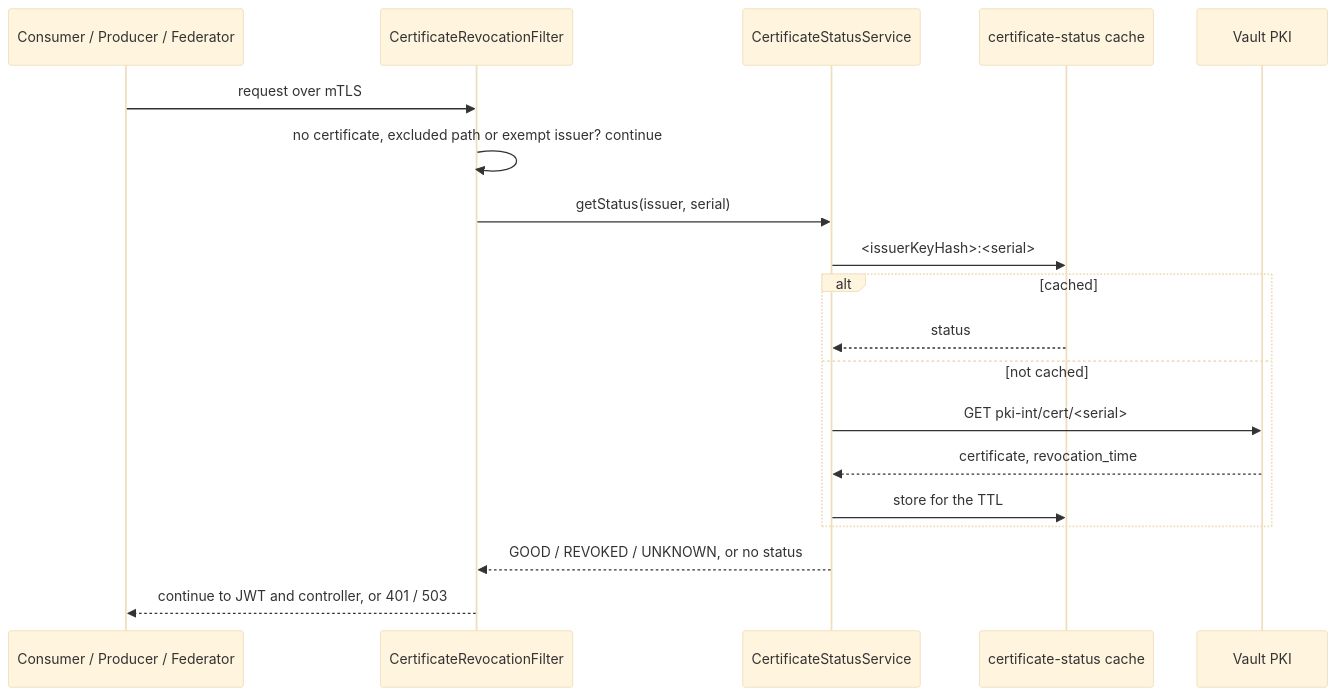
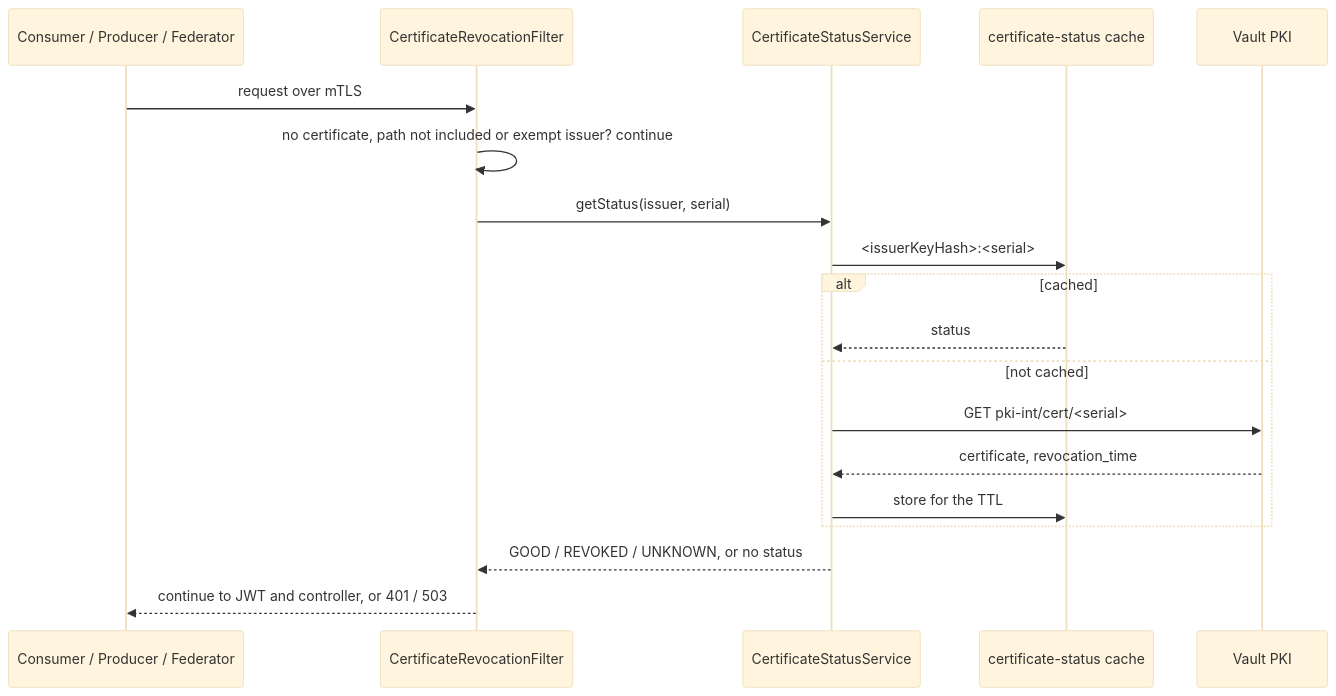
One commit to National-Node-Net/management-node changed the diagram in docs/REVOCATION_ENFORCEMENT.md. Above: the diagram before and after it, drawn with Mermaid (base theme). The commit also changed other lines of this file and 9 other files, not shown here.

````diff
--- a/docs/REVOCATION_ENFORCEMENT.md
+++ b/docs/REVOCATION_ENFORCEMENT.md
@@ -18,21 +20,21 @@
 ```mermaid
 sequenceDiagram
     participant Client as Consumer / Producer / Federator
     participant Filter as CertificateRevocationFilter
     participant Status as CertificateStatusService
     participant Cache as certificate-status cache
     participant Vault as Vault PKI
     Client->>Filter: request over mTLS
-    Filter->>Filter: no certificate, excluded path or exempt issuer? continue
+    Filter->>Filter: no certificate, path not included or exempt issuer? continue
     Filter->>Status: getStatus(issuer, serial)
     Status->>Cache: <issuerKeyHash>:<serial>
     alt cached
         Cache-->>Status: status
     else not cached
         Status->>Vault: GET pki-int/cert/<serial>
         Vault-->>Status: certificate, revocation_time
         Status->>Cache: store for the TTL
     end
     Status-->>Filter: GOOD / REVOKED / UNKNOWN, or no status
     Filter-->>Client: continue to JWT and controller, or 401 / 503
 ```
````
